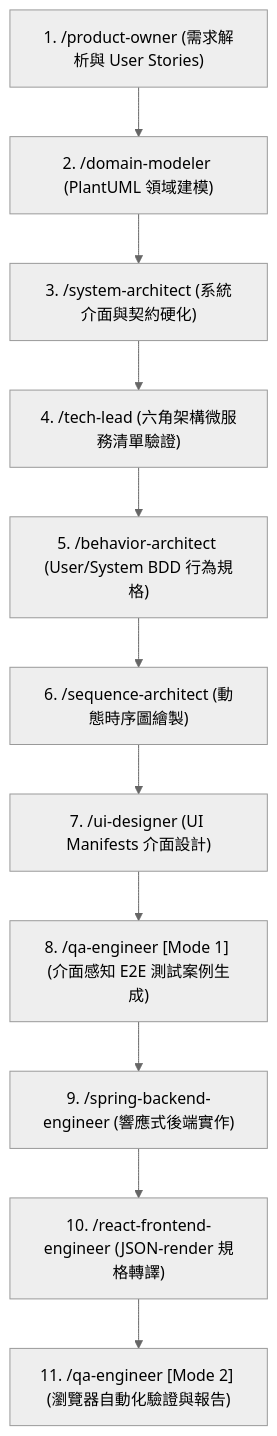
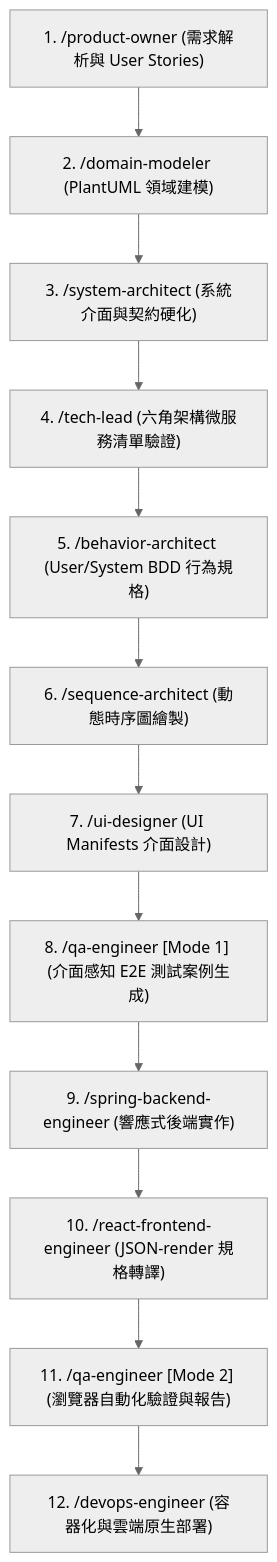
The diagram in README.md (linuschien/score-assistant), drawn with Mermaid (neutral theme) before and after one commit. The commit also changed other lines of this file, not shown here.

````diff
--- a/README.md
+++ b/README.md
@@ -56,16 +56,17 @@
 ```mermaid
 graph TD
     PO["1. /product-owner (需求解析與 User Stories)"]
     DM["2. /domain-modeler (PlantUML 領域建模)"]
     SysA["3. /system-architect (系統介面與契約硬化)"]
     TL["4. /tech-lead (六角架構微服務清單驗證)"]
     BA["5. /behavior-architect (User/System BDD 行為規格)"]
     SA["6. /sequence-architect (動態時序圖繪製)"]
     UID["7. /ui-designer (UI Manifests 介面設計)"]
     QA1["8. /qa-engineer [Mode 1] (介面感知 E2E 測試案例生成)"]
     BE["9. /spring-backend-engineer (響應式後端實作)"]
     FE["10. /react-frontend-engineer (JSON-render 規格轉譯)"]
     QA2["11. /qa-engineer [Mode 2] (瀏覽器自動化驗證與報告)"]
+    DE["12. /devops-engineer (容器化與雲端原生部署)"]
 
-    PO --> DM --> SysA --> TL --> BA --> SA --> UID --> QA1 --> BE --> FE --> QA2
+    PO --> DM --> SysA --> TL --> BA --> SA --> UID --> QA1 --> BE --> FE --> QA2 --> DE
 ```
````
